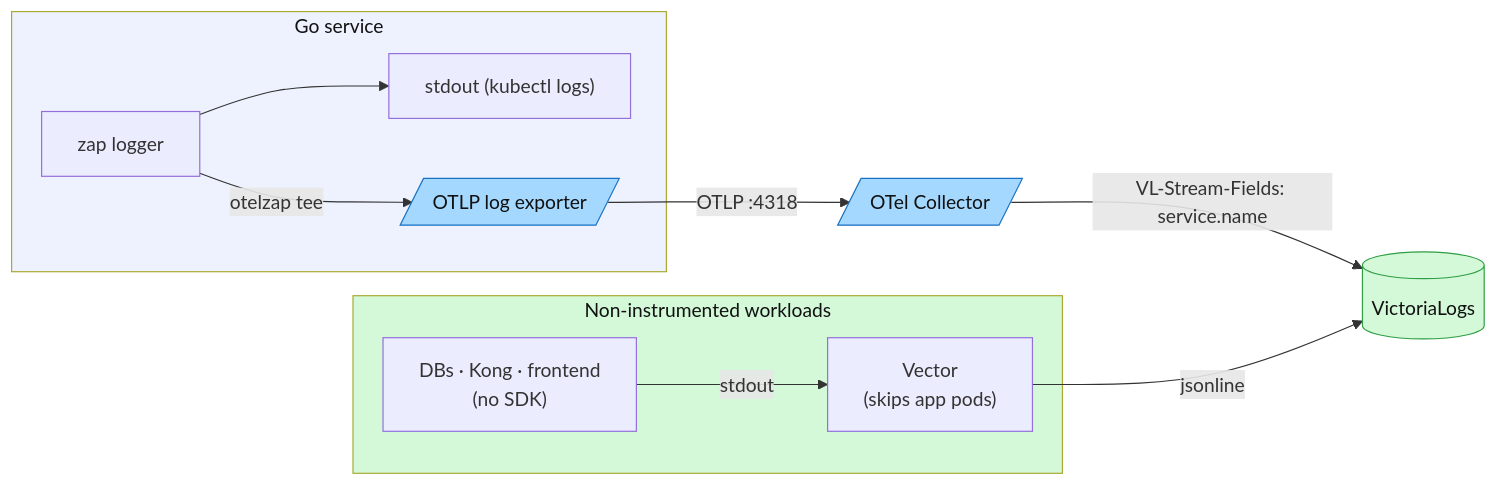
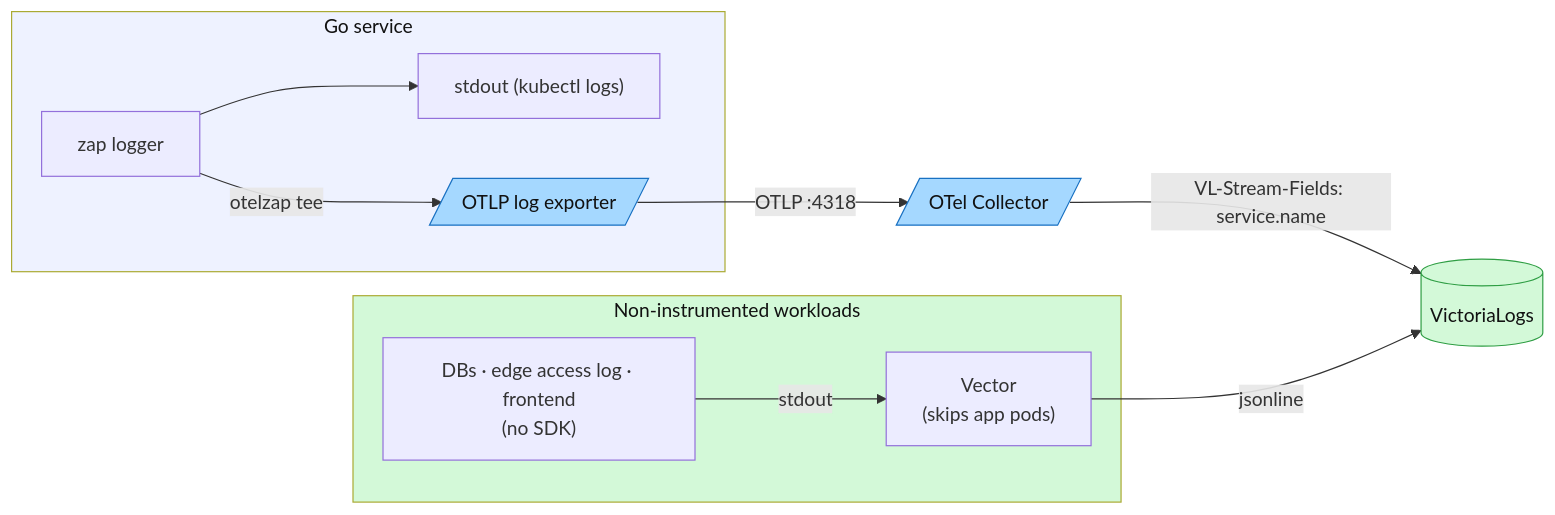
Before and after one commit to duynhlab/homelab: the fifth of 8 diagrams in docs/observability/opentelemetry/fundamentals.md, drawn with Mermaid. The commit also changed other lines of this file and 30 other files, not shown here.

````diff
--- a/docs/observability/opentelemetry/fundamentals.md
+++ b/docs/observability/opentelemetry/fundamentals.md
@@ -294,22 +295,22 @@
 ```mermaid
 flowchart LR
     subgraph svc["Go service"]
         z["zap logger"]
         z --> so["stdout (kubectl logs)"]
         z -->|"otelzap tee"| ex[/"OTLP log exporter"/]
     end
     subgraph noni["Non-instrumented workloads"]
-        infra["DBs · Kong · frontend<br/>(no SDK)"]
+        infra["DBs · edge access log · frontend<br/>(no SDK)"]
         vec["Vector<br/>(skips app pods)"]
         infra -->|"stdout"| vec
     end
     ex -->|"OTLP :4318"| col[/"OTel Collector"/]
     col -->|"VL-Stream-Fields: service.name"| vl[(VictoriaLogs)]
     vec -->|"jsonline"| vl
     classDef otc fill:#a5d8ff,stroke:#1971c2,color:#111;
     classDef log fill:#d3f9d8,stroke:#2f9e44,color:#111;
     class ex,col otc;
     class vl log;
     style svc fill:#eef2ff,color:#111;
     style noni fill:#d3f9d8,color:#111;
 ```
````
